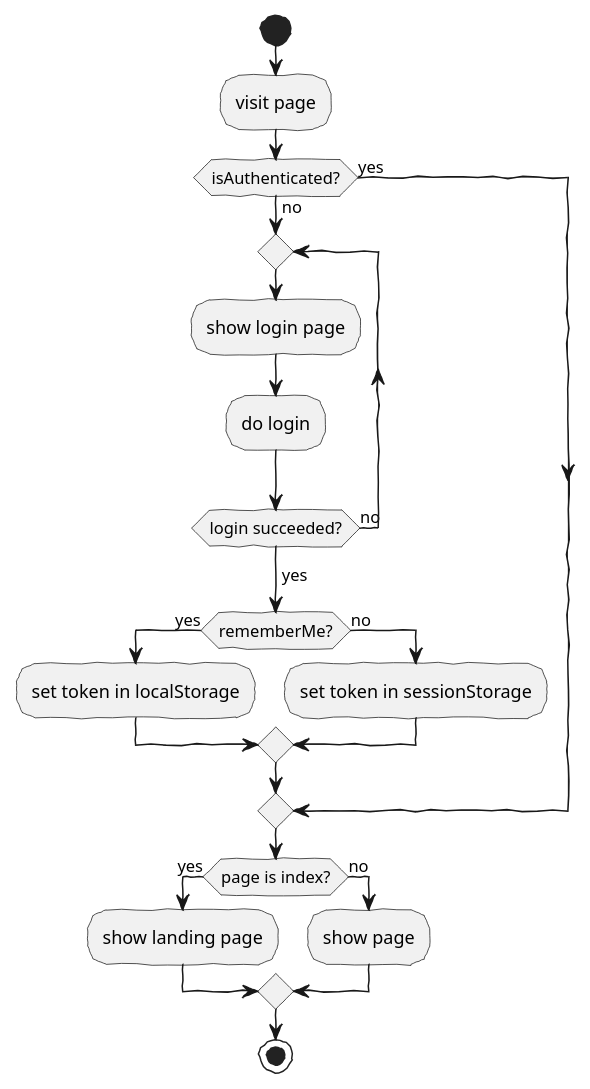
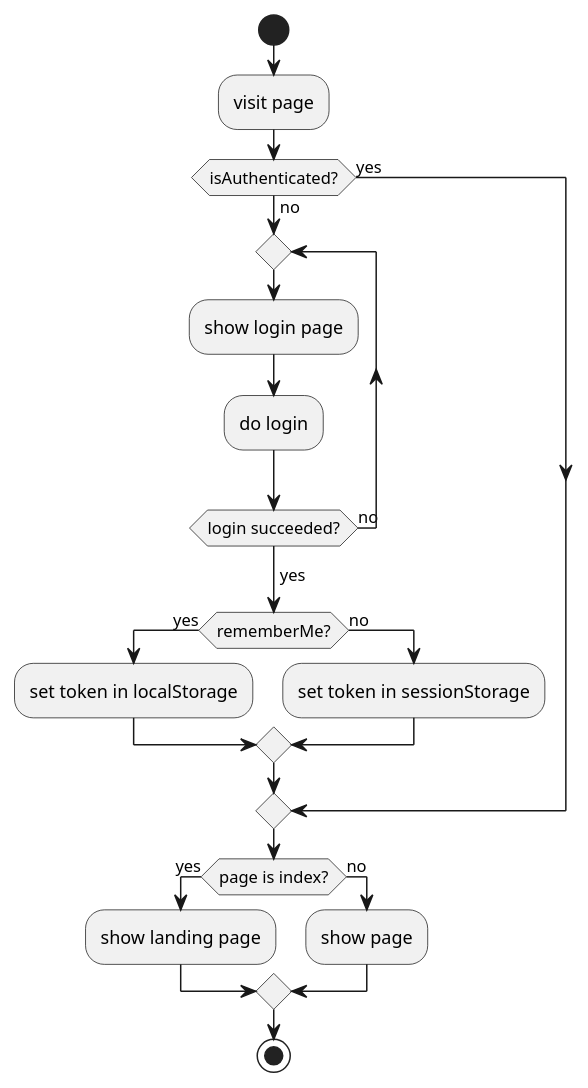
Before and after one commit to dwiyatci/redux-toolkit-login-flow: the diagram in artifacts/login-flow.puml, drawn with PlantUML. The commit also changed 1 other file, not shown here.

Commit message:
🛶 docs: strip off the handwritten skinparam (to look more profi)

```diff
--- a/artifacts/login-flow.puml
+++ b/artifacts/login-flow.puml
@@ -1,37 +1,38 @@
 @startuml
+'skin rose
 'https://plantuml.com/skinparam
-skinparam handwritten true
+'skinparam handwritten true
 'https://virgil.excalidraw.com/
 skinparam defaultFontName Virgil 3 YOFF
 
 start
 
 :visit page;
 if (isAuthenticated?) then (yes)
   'auth.isAuthenticated()
   'token exists in sessionStorage or localStorage?
   'sessionStorage.get(TOKEN_KEY) || localStorage.get(TOKEN_KEY)
   -> ;
 else (no)
   repeat
     :show login page;
     :do login;
     'auth.doLogin(rememberMe)
   repeat while (login succeeded?) is (no)
   -> yes;
   if (rememberMe?) then (yes)
     'auth.rememberMeChecked()
     :set token in localStorage;
   else (no)
     :set token in sessionStorage;
   endif
 endif
 
 if (page is index?) then (yes)
   :show landing page;
 else (no)
   :show page;
 endif
 
 stop
 @enduml
```
